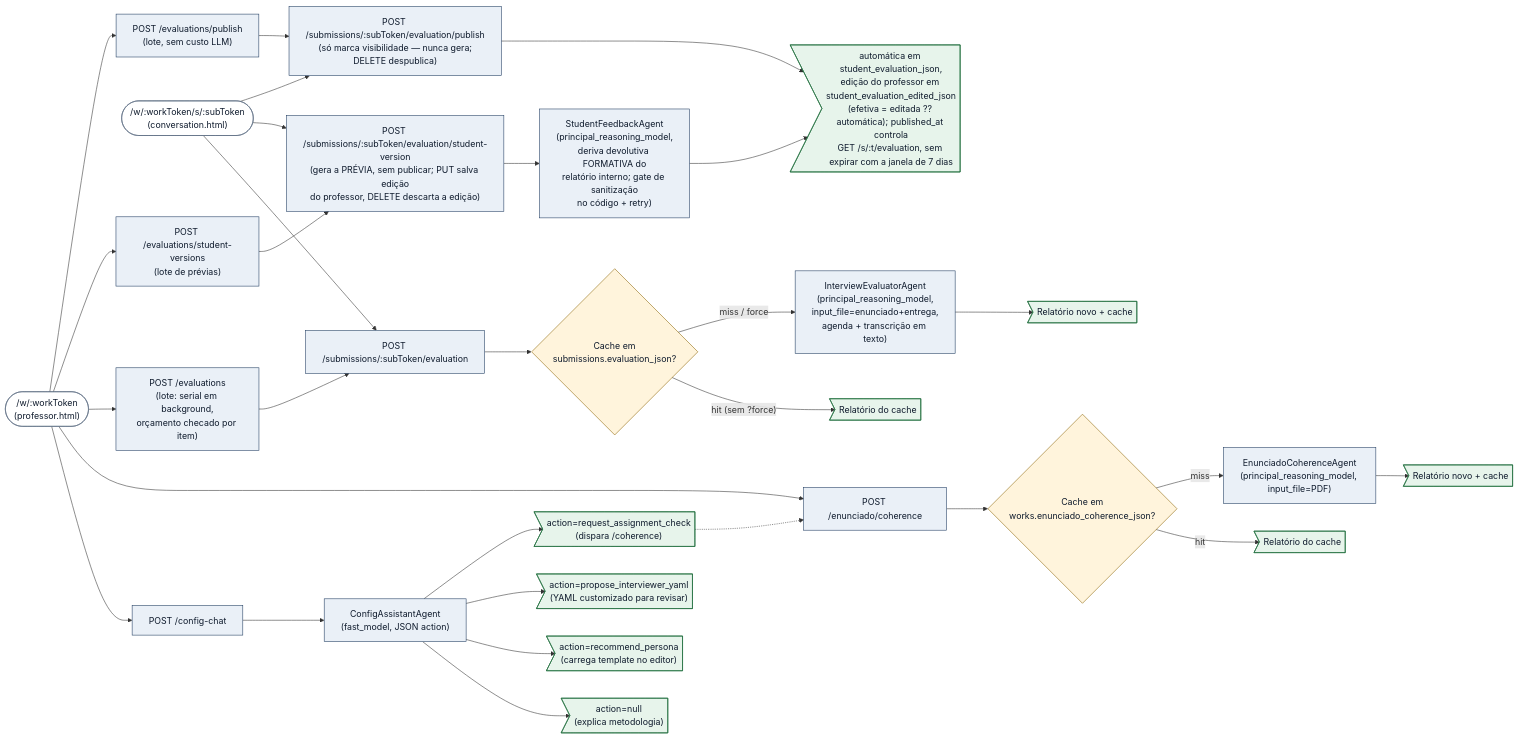
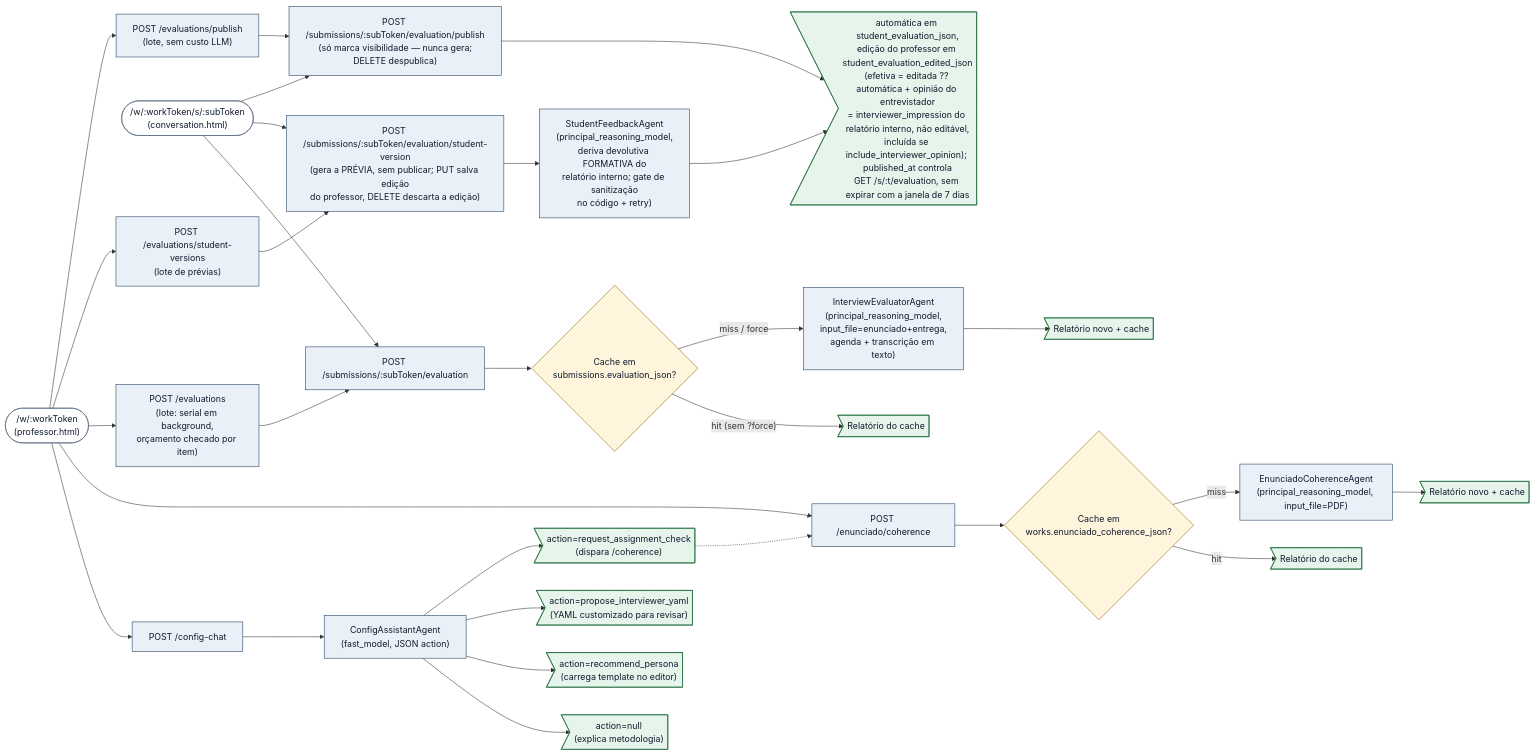
The second of 2 diagrams in docs/architecture.md (gladsjr/super-ta), drawn with Mermaid before and after one commit. The commit also changed 7 other files, not shown here.

First line of the commit message:
feat(devolutiva): duas partes — opinião do entrevistador + avaliação do professor

````diff
--- a/docs/architecture.md
+++ b/docs/architecture.md
@@ -128,49 +128,49 @@
 ```mermaid
 flowchart LR
   ProfUI(["/w/:workToken<br/>(professor.html)"]) --> ChatHandler["POST /config-chat"]
   ProfUI --> CoherenceHandler["POST /enunciado/coherence"]
   ConvUI(["/w/:workToken/s/:subToken<br/>(conversation.html)"]) --> EvalHandler["POST /submissions/:subToken/evaluation"]
   ProfUI --> BatchHandler["POST /evaluations<br/>(lote: serial em background,<br/>orçamento checado por item)"]
   BatchHandler --> EvalHandler
 
   EvalHandler --> EvalCache{"Cache em<br/>submissions.evaluation_json?"}
   EvalCache -- "hit (sem ?force)" --> OutEvalCached>"Relatório do cache"]
   EvalCache -- "miss / force" --> EvalAgent["InterviewEvaluatorAgent<br/>(principal_reasoning_model,<br/>input_file=enunciado+entrega,<br/>agenda + transcrição em texto)"]
   EvalAgent --> OutEvalFresh>"Relatório novo + cache"]
 
   ConvUI --> DeriveHandler["POST /submissions/:subToken/evaluation/student-version<br/>(gera a PRÉVIA, sem publicar; PUT salva edição<br/>do professor, DELETE descarta a edição)"]
   ProfUI --> DeriveBatch["POST /evaluations/student-versions<br/>(lote de prévias)"]
   DeriveBatch --> DeriveHandler
   DeriveHandler --> FeedbackAgent["StudentFeedbackAgent<br/>(principal_reasoning_model,<br/>deriva devolutiva FORMATIVA do<br/>relatório interno; gate de sanitização<br/>no código + retry)"]
   ConvUI --> PublishHandler["POST /submissions/:subToken/evaluation/publish<br/>(só marca visibilidade — nunca gera;<br/>DELETE despublica)"]
   ProfUI --> PublishBatch["POST /evaluations/publish<br/>(lote, sem custo LLM)"]
   PublishBatch --> PublishHandler
-  FeedbackAgent --> OutPublished>"automática em student_evaluation_json,<br/>edição do professor em student_evaluation_edited_json<br/>(efetiva = editada ?? automática); published_at controla<br/>GET /s/:t/evaluation, sem expirar com a janela de 7 dias"]
+  FeedbackAgent --> OutPublished>"automática em student_evaluation_json,<br/>edição do professor em student_evaluation_edited_json<br/>(efetiva = editada ?? automática + opinião do entrevistador<br/>= interviewer_impression do relatório interno, não editável,<br/>incluída se include_interviewer_opinion); published_at controla<br/>GET /s/:t/evaluation, sem expirar com a janela de 7 dias"]
   PublishHandler --> OutPublished
 
   ChatHandler --> ConfigAgent["ConfigAssistantAgent<br/>(fast_model, JSON action)"]
   ConfigAgent --> ActExplain>"action=null<br/>(explica metodologia)"]
   ConfigAgent --> ActPersona>"action=recommend_persona<br/>(carrega template no editor)"]
   ConfigAgent --> ActYaml>"action=propose_interviewer_yaml<br/>(YAML customizado para revisar)"]
   ConfigAgent --> ActCheck>"action=request_assignment_check<br/>(dispara /coherence)"]
   ActCheck -.-> CoherenceHandler
 
   CoherenceHandler --> Cache{"Cache em<br/>works.enunciado_coherence_json?"}
   Cache -- "hit" --> OutCached>"Relatório do cache"]
   Cache -- "miss" --> CoherenceAgent["EnunciadoCoherenceAgent<br/>(principal_reasoning_model, input_file=PDF)"]
   CoherenceAgent --> OutFresh>"Relatório novo + cache"]
 
   classDef agent fill:#eaf0f7,stroke:#1e3a5f,color:#0f1b2d;
   classDef gate  fill:#fff4dc,stroke:#8a6100,color:#0f1b2d;
   classDef out   fill:#e7f4eb,stroke:#1f6c3b,color:#0f1b2d;
   classDef entry fill:#ffffff,stroke:#5a6b80,color:#0f1b2d;
   class ChatHandler,CoherenceHandler,ConfigAgent,CoherenceAgent,EvalHandler,BatchHandler,EvalAgent,DeriveHandler,DeriveBatch,PublishHandler,PublishBatch,FeedbackAgent agent
   class Cache,EvalCache gate
   class ActExplain,ActPersona,ActYaml,ActCheck,OutCached,OutFresh,OutEvalCached,OutEvalFresh,OutPublished out
   class ProfUI,ConvUI entry
 
   click ConfigAgent "vscode://file/c:/Users/glads/src/super-ta/agents/ConfigAssistantAgent.js" "Abre ConfigAssistantAgent"
   click CoherenceAgent "vscode://file/c:/Users/glads/src/super-ta/agents/EnunciadoCoherenceAgent.js" "Abre EnunciadoCoherenceAgent"
   click EvalAgent "vscode://file/c:/Users/glads/src/super-ta/agents/InterviewEvaluatorAgent.js:162" "Abre o systemPromptBody do InterviewEvaluatorAgent"
   click FeedbackAgent "vscode://file/c:/Users/glads/src/super-ta/agents/StudentFeedbackAgent.js:74" "Abre o systemPromptBody do StudentFeedbackAgent"
 ```
````
